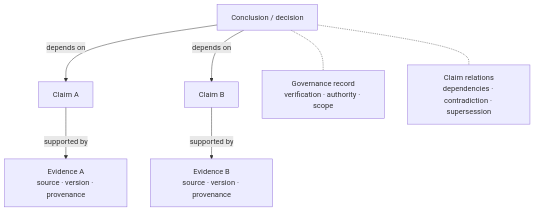
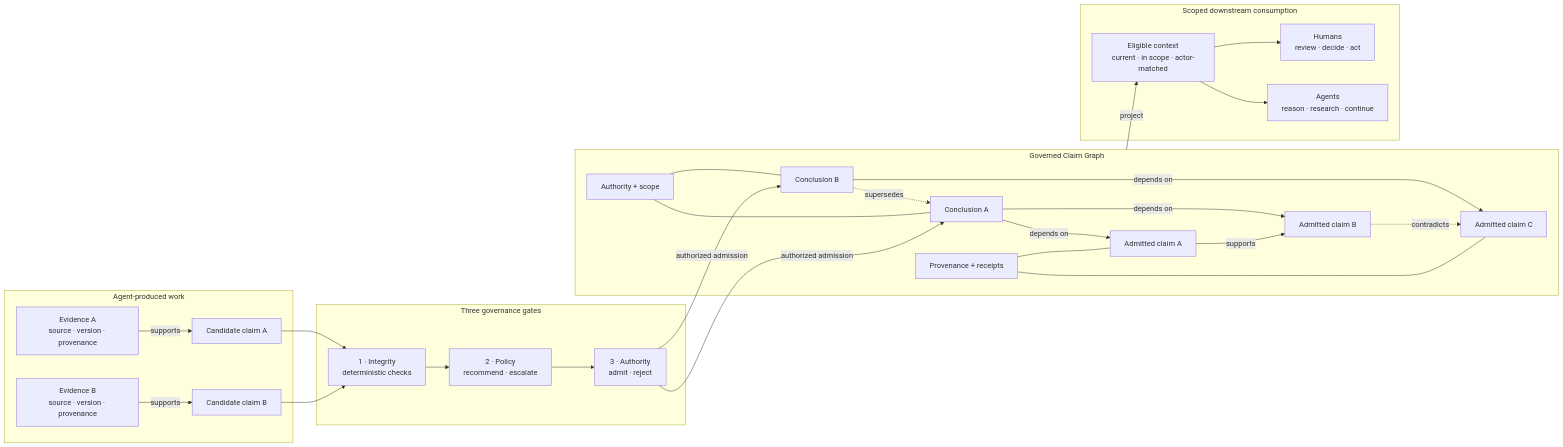
One commit to chenmingtang830/proofpress changed the second of 2 diagrams in README.md. Above: the diagram before and after it, drawn with Mermaid. The commit also changed other lines of this file and 1 other file, not shown here.

Commit message:
docs: expand governed claim graph architecture

````diff
--- a/README.md
+++ b/README.md
@@ -82,16 +83,52 @@
 ```mermaid
-flowchart TB
-  C["Conclusion / decision"]
-  CA["Claim A"]
-  CB["Claim B"]
-  EA["Evidence A<br/>source · version · provenance"]
-  EB["Evidence B<br/>source · version · provenance"]
-  G["Governance record<br/>verification · authority · scope"]
-  R["Claim relations<br/>dependencies · contradiction · supersession"]
-  C -->|depends on| CA
-  C -->|depends on| CB
-  CA -->|supported by| EA
-  CB -->|supported by| EB
-  C -.- G
-  C -.- R
+flowchart LR
+  subgraph U["Agent-produced work"]
+    E1["Evidence A<br/>source · version · provenance"]
+    E2["Evidence B<br/>source · version · provenance"]
+    P1["Candidate claim A"]
+    P2["Candidate claim B"]
+    E1 -->|supports| P1
+    E2 -->|supports| P2
+  end
+
+  subgraph V["Three governance gates"]
+    V1["1 · Integrity<br/>deterministic checks"]
+    V2["2 · Policy<br/>recommend · escalate"]
+    V3["3 · Authority<br/>admit · reject"]
+    V1 --> V2 --> V3
+  end
+
+  subgraph G["Governed Claim Graph"]
+    C1["Conclusion A"]
+    C2["Conclusion B"]
+    K1["Admitted claim A"]
+    K2["Admitted claim B"]
+    K3["Admitted claim C"]
+    AU["Authority + scope"]
+    PR["Provenance + receipts"]
+    C1 -->|depends on| K1
+    C1 -->|depends on| K2
+    C2 -->|depends on| K3
+    K1 -->|supports| K2
+    K2 -.->|contradicts| K3
+    C2 -.->|supersedes| C1
+    AU --- C1
+    AU --- C2
+    PR --- K1
+    PR --- K3
+  end
+
+  subgraph D["Scoped downstream consumption"]
+    CP["Eligible context<br/>current · in scope · actor-matched"]
+    H["Humans<br/>review · decide · act"]
+    A["Agents<br/>reason · research · continue"]
+    CP --> H
+    CP --> A
+  end
+
+  P1 --> V1
+  P2 --> V1
+  V3 -->|authorized admission| C1
+  V3 -->|authorized admission| C2
+  G -->|project| CP
 ```
````
